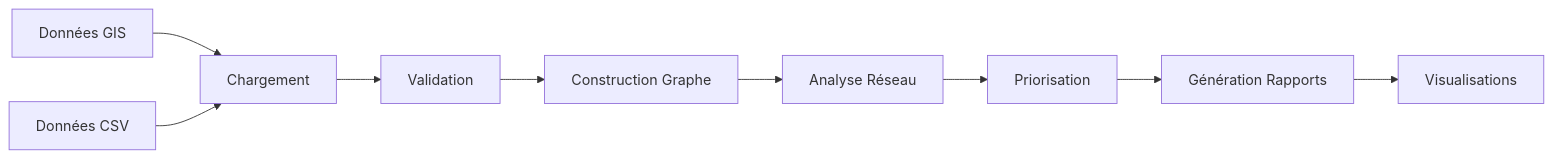
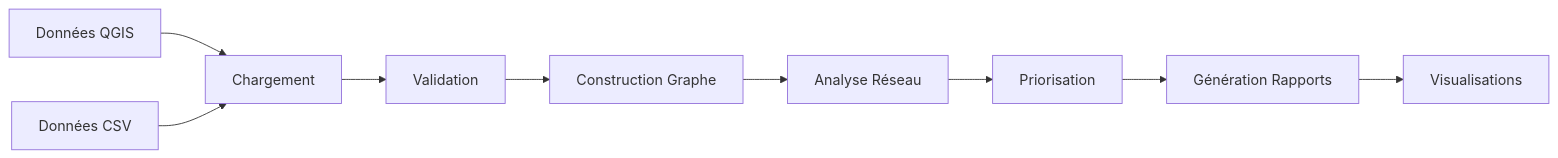
The diagram in docs/documentation_technique.md (morningstar-47/lightning_reconnection), drawn with Mermaid before and after one commit. The commit also changed other lines of this file, not shown here.

Commit message:
Add overview section to documentation_technique.md, detailing the data flow from the Data Layer to Outputs, and update data source terminology from GIS to QGIS.

````diff
--- a/docs/documentation_technique.md
+++ b/docs/documentation_technique.md
@@ -41,11 +62,11 @@
 ```mermaid
 graph LR
-    A[Données GIS] --> B[Chargement]
+    A[Données QGIS] --> B[Chargement]
     C[Données CSV] --> B
     B --> D[Validation]
     D --> E[Construction Graphe]
     E --> F[Analyse Réseau]
     F --> G[Priorisation]
     G --> H[Génération Rapports]
     H --> I[Visualisations]
 ```
````
